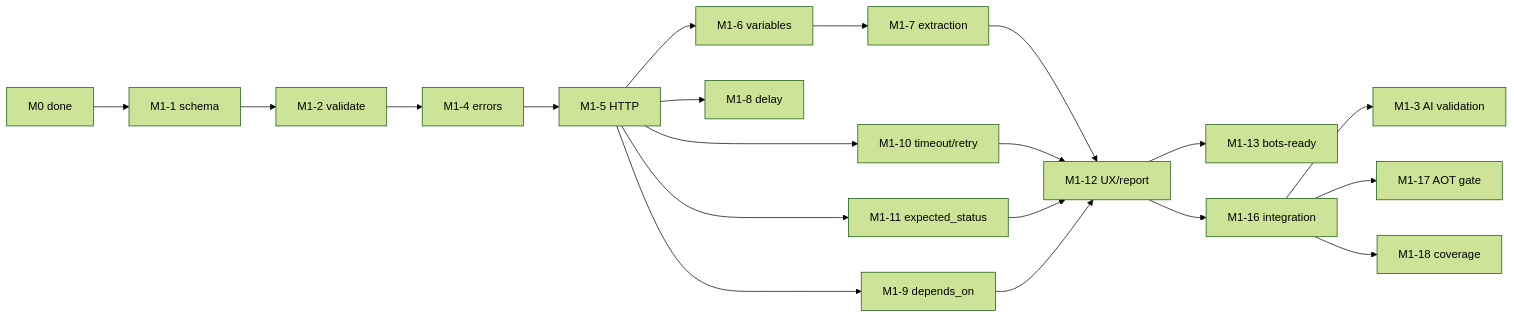
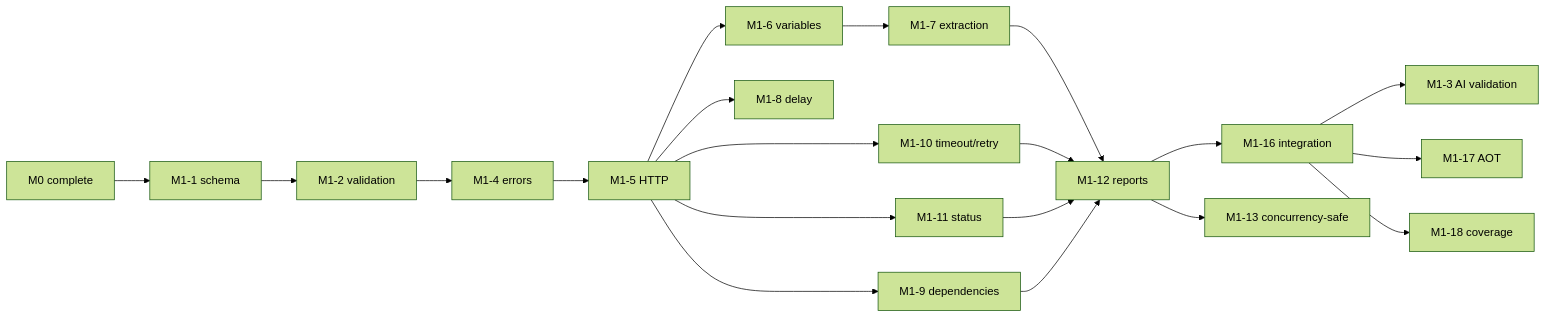
The diagram in Milestone1.md (kikutano/Foxify), drawn with Mermaid (forest theme) before and after one commit. The commit also changed other lines of this file, not shown here.

````diff
--- a/Milestone1.md
+++ b/Milestone1.md
@@ -358,19 +871,22 @@
 ```mermaid
 flowchart LR
-    M0[M0 done] --> T1[M1-1 schema]
-    T1 --> T2[M1-2 validate]
+    M0[M0 complete] --> T1[M1-1 schema]
+    T1 --> T2[M1-2 validation]
     T2 --> T4[M1-4 errors]
     T4 --> T5[M1-5 HTTP]
     T5 --> T6[M1-6 variables]
     T6 --> T7[M1-7 extraction]
     T5 --> T8[M1-8 delay]
-    T5 --> T9[M1-9 depends_on]
+    T5 --> T9[M1-9 dependencies]
     T5 --> T10[M1-10 timeout/retry]
-    T5 --> T11[M1-11 expected_status]
-    T7 & T10 & T11 & T9 --> T12[M1-12 UX/report]
-    T12 --> T13[M1-13 bots-ready]
+    T5 --> T11[M1-11 status]
+    T7 --> T12[M1-12 reports]
+    T10 --> T12
+    T11 --> T12
+    T9 --> T12
     T12 --> T16[M1-16 integration]
     T16 --> T3[M1-3 AI validation]
-    T16 --> T17[M1-17 AOT gate]
+    T12 --> T13[M1-13 concurrency-safe]
+    T16 --> T17[M1-17 AOT]
     T16 --> T18[M1-18 coverage]
 ```
````
